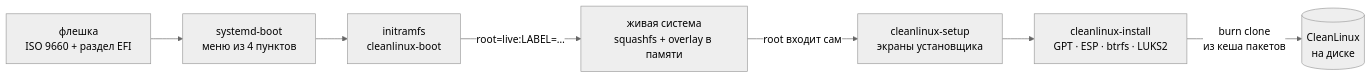
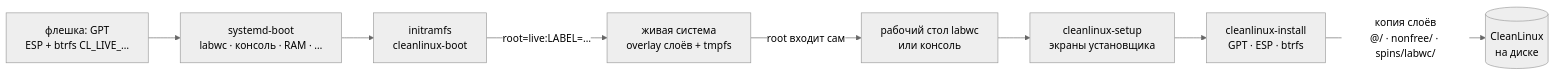
One commit to vovawees/CleanLinux changed the first of 3 diagrams in README.md. Above: the diagram before and after it, drawn with Mermaid (neutral theme). The commit also changed other lines of this file and 23 other files, not shown here.

First line of the commit message:
docs: the live USB image live-2026.11.6 for x86_64 and arm64

````diff
--- a/README.md
+++ b/README.md
@@ -70,9 +74,10 @@
 ```mermaid
 flowchart LR
-    usb["флешка<br/>ISO 9660 + раздел EFI"] --> sdboot["systemd-boot<br/>меню из 4 пунктов"]
+    usb["флешка: GPT<br/>ESP + btrfs CL_LIVE_…"] --> sdboot["systemd-boot<br/>labwc · консоль · RAM · …"]
     sdboot --> initrd["initramfs<br/>cleanlinux-boot"]
-    initrd -->|"root=live:LABEL=…"| live["живая система<br/>squashfs + overlay в памяти"]
-    live -->|"root входит сам"| setup["cleanlinux-setup<br/>экраны установщика"]
-    setup --> install["cleanlinux-install<br/>GPT · ESP · btrfs · LUKS2"]
-    install -->|"burn clone<br/>из кеша пакетов"| disk[("CleanLinux<br/>на диске")]
+    initrd -->|"root=live:LABEL=…"| live["живая система<br/>overlay слоёв + tmpfs"]
+    live -->|"root входит сам"| desk["рабочий стол labwc<br/>или консоль"]
+    desk --> setup["cleanlinux-setup<br/>экраны установщика"]
+    setup --> install["cleanlinux-install<br/>GPT · ESP · btrfs"]
+    install -->|"копия слоёв<br/>@/ · nonfree/ · spins/labwc/"| disk[("CleanLinux<br/>на диске")]
 ```
````
